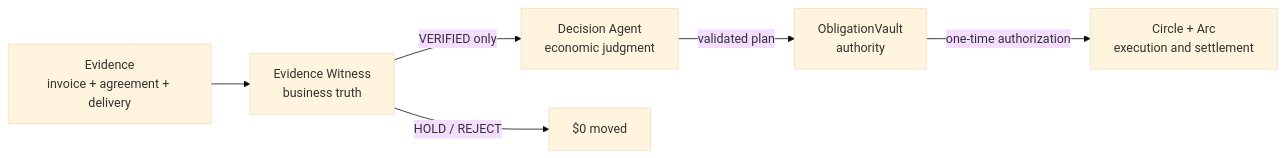
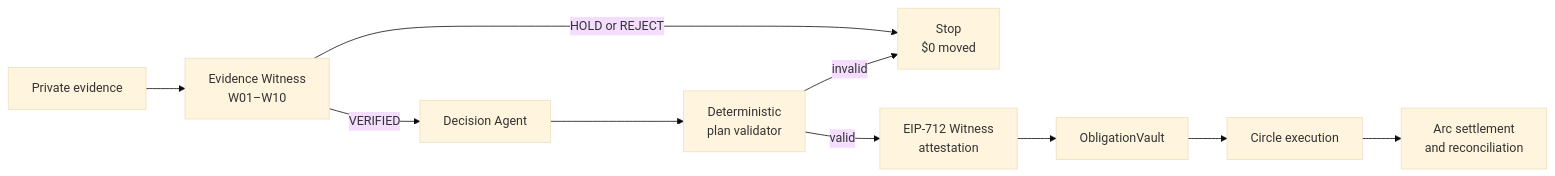
The diagram in README.md (karagozemin/Euthyna), drawn with Mermaid (base theme) before and after one commit. The commit also changed other lines of this file and 6 other files, not shown here.

````diff
--- a/README.md
+++ b/README.md
@@ -36,14 +45,12 @@
 ```mermaid
 flowchart LR
-    E[Evidence<br/>invoice + agreement + delivery]
-    W[Evidence Witness<br/>business truth]
-    A[Decision Agent<br/>economic judgment]
-    V[ObligationVault<br/>authority]
-    X[Circle + Arc<br/>execution and settlement]
-
-    E --> W
-    W -->|VERIFIED only| A
-    W -->|HOLD / REJECT| S[$0 moved]
-    A -->|validated plan| V
-    V -->|one-time authorization| X
+    E[Private evidence] --> W[Evidence Witness<br/>W01–W10]
+    W -->|VERIFIED| A[Decision Agent]
+    W -->|HOLD or REJECT| Z[Stop<br/>$0 moved]
+    A --> P[Deterministic<br/>plan validator]
+    P -->|valid| S[EIP-712 Witness<br/>attestation]
+    P -->|invalid| Z
+    S --> V[ObligationVault]
+    V --> C[Circle execution]
+    C --> R[Arc settlement<br/>and reconciliation]
 ```
````
